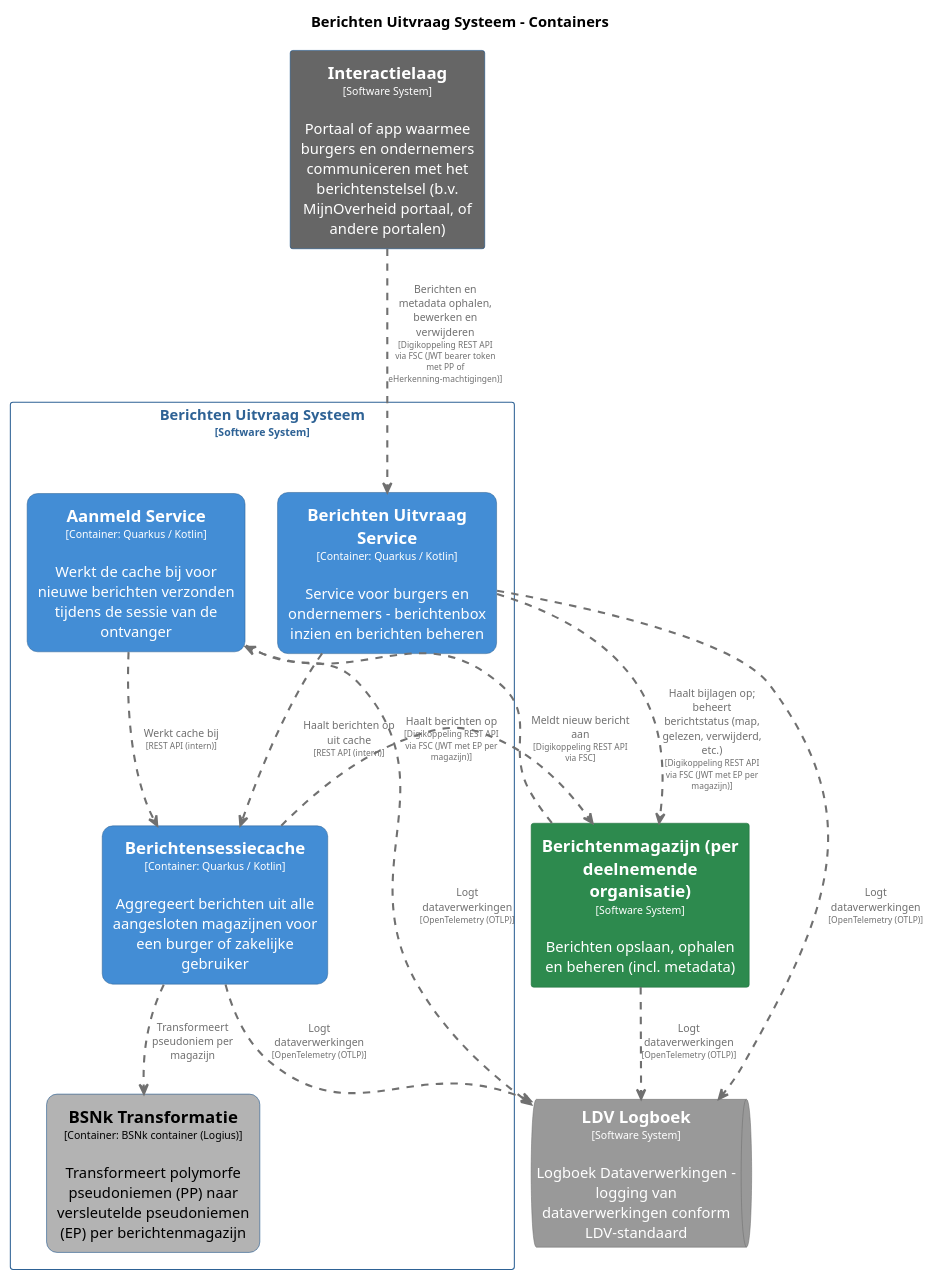
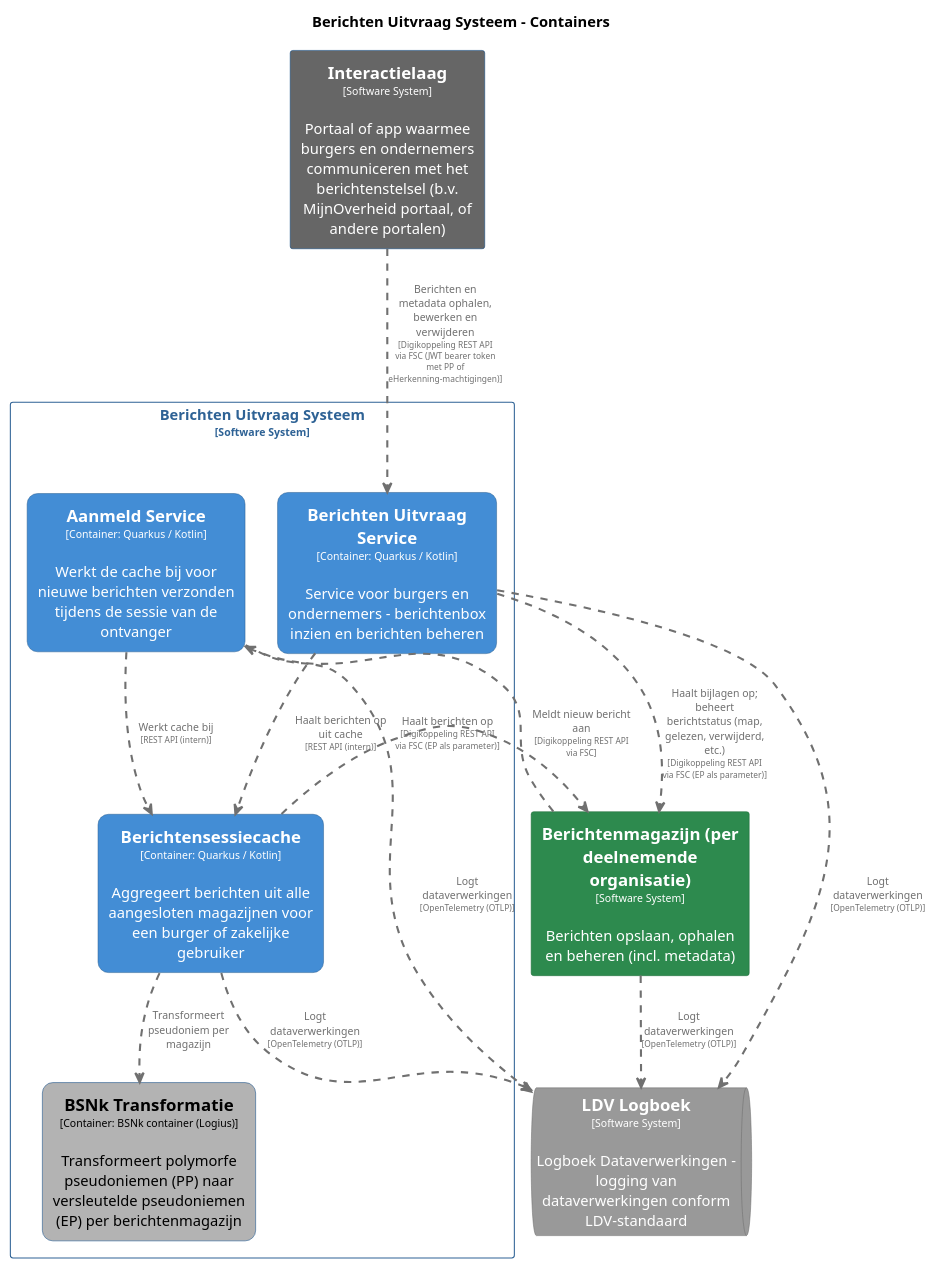
Before and after one commit to MinBZK/moza-poc-fbs-berichtenbox: the diagram in pr-preview/pr-22/master/puml/BerichtenUitvraagSysteemContainers.puml, drawn with PlantUML. The commit also changed 22 other files, not shown here.

```diff
--- a/pr-preview/pr-22/master/puml/BerichtenUitvraagSysteemContainers.puml
+++ b/pr-preview/pr-22/master/puml/BerichtenUitvraagSysteemContainers.puml
@@ -1,92 +1,92 @@
 @startuml
 set separator none
 title Berichten Uitvraag Systeem - Containers
 
 top to bottom direction
 skinparam ranksep 60
 skinparam nodesep 30
 
 skinparam {
   arrowFontSize 10
   defaultTextAlignment center
   wrapWidth 200
   maxMessageSize 100
 }
 
 hide stereotype
 
 skinparam rectangle<<BerichtenUitvraagSysteem.AanmeldService>> {
   BackgroundColor #438dd5
   FontColor #ffffff
   BorderColor #2e6295
   roundCorner 20
   shadowing false
 }
 skinparam rectangle<<BerichtenUitvraagSysteem.BSNkTransformatie>> {
   BackgroundColor #b3b3b3
   FontColor #000000
   BorderColor #0b4884
   roundCorner 20
   shadowing false
 }
 skinparam rectangle<<BerichtenUitvraagSysteem.BerichtenUitvraagService>> {
   BackgroundColor #438dd5
   FontColor #ffffff
   BorderColor #2e6295
   roundCorner 20
   shadowing false
 }
 skinparam rectangle<<Berichtenmagazijnperdeelnemendeorganisatie>> {
   BackgroundColor #2d8a4e
   FontColor #ffffff
   BorderColor #1e6b38
   shadowing false
 }
 skinparam rectangle<<BerichtenUitvraagSysteem.Berichtensessiecache>> {
   BackgroundColor #438dd5
   FontColor #ffffff
   BorderColor #2e6295
   roundCorner 20
   shadowing false
 }
 skinparam rectangle<<Interactielaag>> {
   BackgroundColor #666666
   FontColor #ffffff
   BorderColor #0b4884
   shadowing false
 }
 skinparam queue<<LDVLogboek>> {
   BackgroundColor #999999
   FontColor #ffffff
   BorderColor #6b6b6b
   shadowing false
 }
 skinparam rectangle<<BerichtenUitvraagSysteem>> {
   BorderColor #2e6295
   FontColor #2e6295
   shadowing false
 }
 
 rectangle "==Interactielaag\n<size:10>[Software System]</size>\n\nPortaal of app waarmee burgers en ondernemers communiceren met het berichtenstelsel (b.v. MijnOverheid portaal, of andere portalen)" <<Interactielaag>> as Interactielaag
 rectangle "==Berichtenmagazijn (per deelnemende organisatie)\n<size:10>[Software System]</size>\n\nBerichten opslaan, ophalen en beheren (incl. metadata)" <<Berichtenmagazijnperdeelnemendeorganisatie>> as Berichtenmagazijnperdeelnemendeorganisatie
 queue "==LDV Logboek\n<size:10>[Software System]</size>\n\nLogboek Dataverwerkingen - logging van dataverwerkingen conform LDV-standaard" <<LDVLogboek>> as LDVLogboek
 
 rectangle "Berichten Uitvraag Systeem\n<size:10>[Software System]</size>" <<BerichtenUitvraagSysteem>> {
   rectangle "==Berichtensessiecache\n<size:10>[Container: Quarkus / Kotlin]</size>\n\nAggregeert berichten uit alle aangesloten magazijnen voor een burger of zakelijke gebruiker" <<BerichtenUitvraagSysteem.Berichtensessiecache>> as BerichtenUitvraagSysteem.Berichtensessiecache
   rectangle "==Berichten Uitvraag Service\n<size:10>[Container: Quarkus / Kotlin]</size>\n\nService voor burgers en ondernemers - berichtenbox inzien en berichten beheren" <<BerichtenUitvraagSysteem.BerichtenUitvraagService>> as BerichtenUitvraagSysteem.BerichtenUitvraagService
   rectangle "==BSNk Transformatie\n<size:10>[Container: BSNk container (Logius)]</size>\n\nTransformeert polymorfe pseudoniemen (PP) naar versleutelde pseudoniemen (EP) per berichtenmagazijn" <<BerichtenUitvraagSysteem.BSNkTransformatie>> as BerichtenUitvraagSysteem.BSNkTransformatie
   rectangle "==Aanmeld Service\n<size:10>[Container: Quarkus / Kotlin]</size>\n\nWerkt de cache bij voor nieuwe berichten verzonden tijdens de sessie van de ontvanger" <<BerichtenUitvraagSysteem.AanmeldService>> as BerichtenUitvraagSysteem.AanmeldService
 }
 
-BerichtenUitvraagSysteem.Berichtensessiecache .[#707070,thickness=2].> Berichtenmagazijnperdeelnemendeorganisatie : "<color:#707070>Haalt berichten op\n<color:#707070><size:8>[Digikoppeling REST API via FSC (JWT met EP per magazijn)]</size>"
+BerichtenUitvraagSysteem.Berichtensessiecache .[#707070,thickness=2].> Berichtenmagazijnperdeelnemendeorganisatie : "<color:#707070>Haalt berichten op\n<color:#707070><size:8>[Digikoppeling REST API via FSC (EP als parameter)]</size>"
 Berichtenmagazijnperdeelnemendeorganisatie .[#707070,thickness=2].> LDVLogboek : "<color:#707070>Logt dataverwerkingen\n<color:#707070><size:8>[OpenTelemetry (OTLP)]</size>"
 BerichtenUitvraagSysteem.Berichtensessiecache .[#707070,thickness=2].> LDVLogboek : "<color:#707070>Logt dataverwerkingen\n<color:#707070><size:8>[OpenTelemetry (OTLP)]</size>"
 BerichtenUitvraagSysteem.BerichtenUitvraagService .[#707070,thickness=2].> LDVLogboek : "<color:#707070>Logt dataverwerkingen\n<color:#707070><size:8>[OpenTelemetry (OTLP)]</size>"
 BerichtenUitvraagSysteem.AanmeldService .[#707070,thickness=2].> LDVLogboek : "<color:#707070>Logt dataverwerkingen\n<color:#707070><size:8>[OpenTelemetry (OTLP)]</size>"
 BerichtenUitvraagSysteem.Berichtensessiecache .[#707070,thickness=2].> BerichtenUitvraagSysteem.BSNkTransformatie : "<color:#707070>Transformeert pseudoniem per magazijn"
 BerichtenUitvraagSysteem.AanmeldService .[#707070,thickness=2].> BerichtenUitvraagSysteem.Berichtensessiecache : "<color:#707070>Werkt cache bij\n<color:#707070><size:8>[REST API (intern)]</size>"
 BerichtenUitvraagSysteem.BerichtenUitvraagService .[#707070,thickness=2].> BerichtenUitvraagSysteem.Berichtensessiecache : "<color:#707070>Haalt berichten op uit cache\n<color:#707070><size:8>[REST API (intern)]</size>"
 Interactielaag .[#707070,thickness=2].> BerichtenUitvraagSysteem.BerichtenUitvraagService : "<color:#707070>Berichten en metadata ophalen, bewerken en verwijderen\n<color:#707070><size:8>[Digikoppeling REST API via FSC (JWT bearer token met PP of eHerkenning-machtigingen)]</size>"
-BerichtenUitvraagSysteem.BerichtenUitvraagService .[#707070,thickness=2].> Berichtenmagazijnperdeelnemendeorganisatie : "<color:#707070>Haalt bijlagen op; beheert berichtstatus (map, gelezen, verwijderd, etc.)\n<color:#707070><size:8>[Digikoppeling REST API via FSC (JWT met EP per magazijn)]</size>"
+BerichtenUitvraagSysteem.BerichtenUitvraagService .[#707070,thickness=2].> Berichtenmagazijnperdeelnemendeorganisatie : "<color:#707070>Haalt bijlagen op; beheert berichtstatus (map, gelezen, verwijderd, etc.)\n<color:#707070><size:8>[Digikoppeling REST API via FSC (EP als parameter)]</size>"
 Berichtenmagazijnperdeelnemendeorganisatie .[#707070,thickness=2].> BerichtenUitvraagSysteem.AanmeldService : "<color:#707070>Meldt nieuw bericht aan\n<color:#707070><size:8>[Digikoppeling REST API via FSC]</size>"
 @enduml
```
